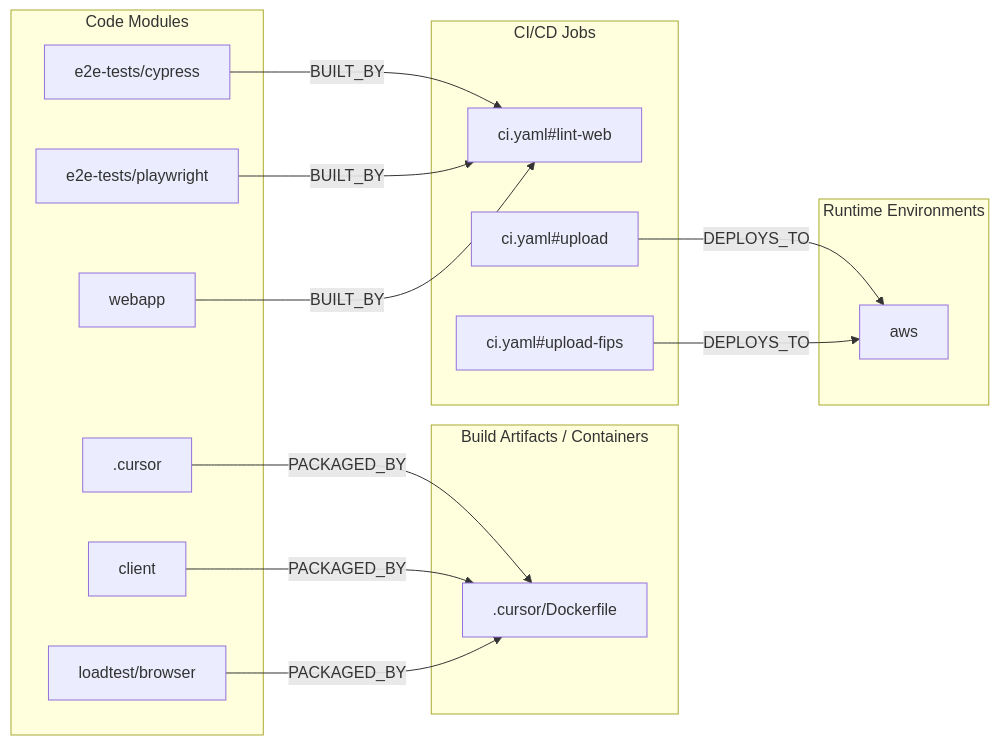
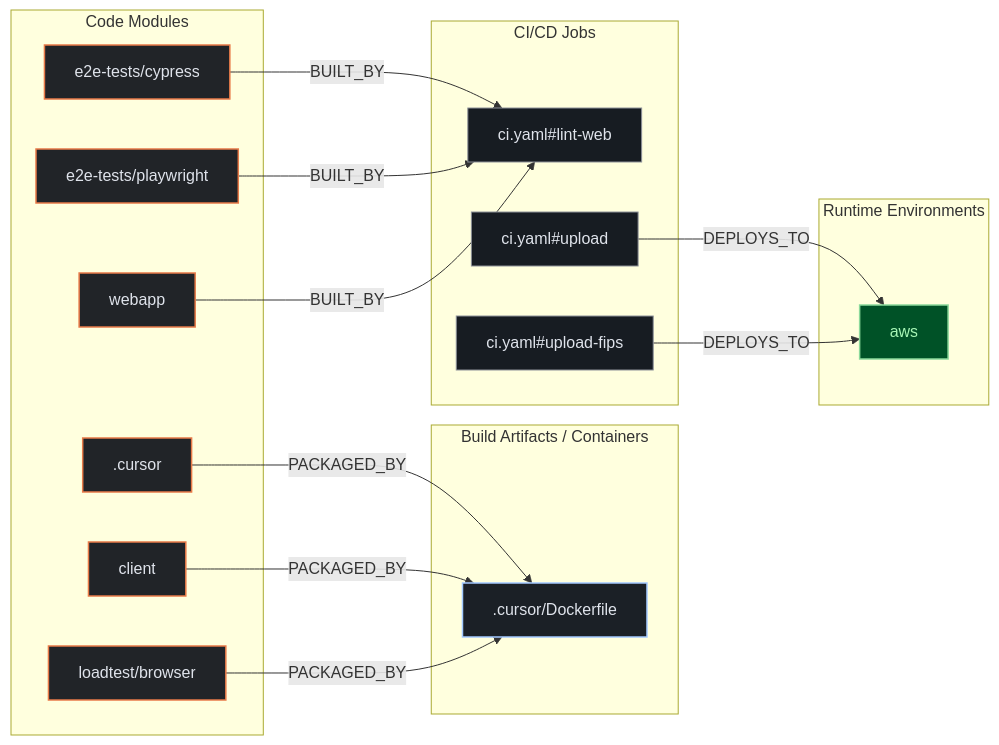
One commit to kumarshaz/atruss-code-atlas changed the second of 3 diagrams in exports/latest/reports/mattermost-mattermost-plugin-playbooks-report.md. Above: the diagram before and after it, drawn with Mermaid. The commit also changed other lines of this file and 331 other files, not shown here.

Commit message:
docs,ui,fix: update SDLC docs, reorder CI/CD DAG first, stylize Mermaid, and fix Arc42 pipeline topology

````diff
--- a/exports/latest/reports/mattermost-mattermost-plugin-playbooks-report.md
+++ b/exports/latest/reports/mattermost-mattermost-plugin-playbooks-report.md
@@ -193,30 +200,34 @@
 ```mermaid
 flowchart LR
+    classDef atlasCategory fill:#212428,stroke:#E87A48,stroke-width:1.5px,color:#dfe3eb
+    classDef atlasWorkflow fill:#1b2026,stroke:#a3c9ff,stroke-width:1.5px,color:#dfe3eb
+    classDef atlasJob fill:#171c22,stroke:#8d9199,stroke-width:1px,color:#dfe3eb
+    classDef atlasTarget fill:#005227,stroke:#8bd99b,stroke-width:1.5px,color:#a7f6b6
     subgraph code_modules["Code Modules"]
-        mod__cursor[".cursor"]
-        mod_client["client"]
-        mod_e2e_tests_cypress["e2e-tests/cypress"]
-        mod_e2e_tests_playwright["e2e-tests/playwright"]
-        mod_loadtest_browser["loadtest/browser"]
-        mod_webapp["webapp"]
+        mod__cursor[".cursor"]:::atlasCategory
+        mod_client["client"]:::atlasCategory
+        mod_e2e_tests_cypress["e2e-tests/cypress"]:::atlasCategory
+        mod_e2e_tests_playwright["e2e-tests/playwright"]:::atlasCategory
+        mod_loadtest_browser["loadtest/browser"]:::atlasCategory
+        mod_webapp["webapp"]:::atlasCategory
     end
     subgraph build_artifacts["Build Artifacts / Containers"]
-        art__cursor_Dockerfile[".cursor/Dockerfile"]
+        art__cursor_Dockerfile[".cursor/Dockerfile"]:::atlasWorkflow
     end
     subgraph ci_jobs["CI/CD Jobs"]
-        job_ci_yaml_lint_web["ci.yaml#lint-web"]
-        job_ci_yaml_upload["ci.yaml#upload"]
-        job_ci_yaml_upload_fips["ci.yaml#upload-fips"]
+        job_ci_yaml_lint_web["ci.yaml#lint-web"]:::atlasJob
+        job_ci_yaml_upload["ci.yaml#upload"]:::atlasJob
+        job_ci_yaml_upload_fips["ci.yaml#upload-fips"]:::atlasJob
     end
     subgraph runtime_envs["Runtime Environments"]
-        env_aws["aws"]
+        env_aws["aws"]:::atlasTarget
     end
     job_ci_yaml_upload -->|DEPLOYS_TO| env_aws
     job_ci_yaml_upload_fips -->|DEPLOYS_TO| env_aws
     mod__cursor -->|PACKAGED_BY| art__cursor_Dockerfile
     mod_client -->|PACKAGED_BY| art__cursor_Dockerfile
     mod_e2e_tests_cypress -->|BUILT_BY| job_ci_yaml_lint_web
     mod_e2e_tests_playwright -->|BUILT_BY| job_ci_yaml_lint_web
     mod_loadtest_browser -->|PACKAGED_BY| art__cursor_Dockerfile
     mod_webapp -->|BUILT_BY| job_ci_yaml_lint_web
 ```
````
